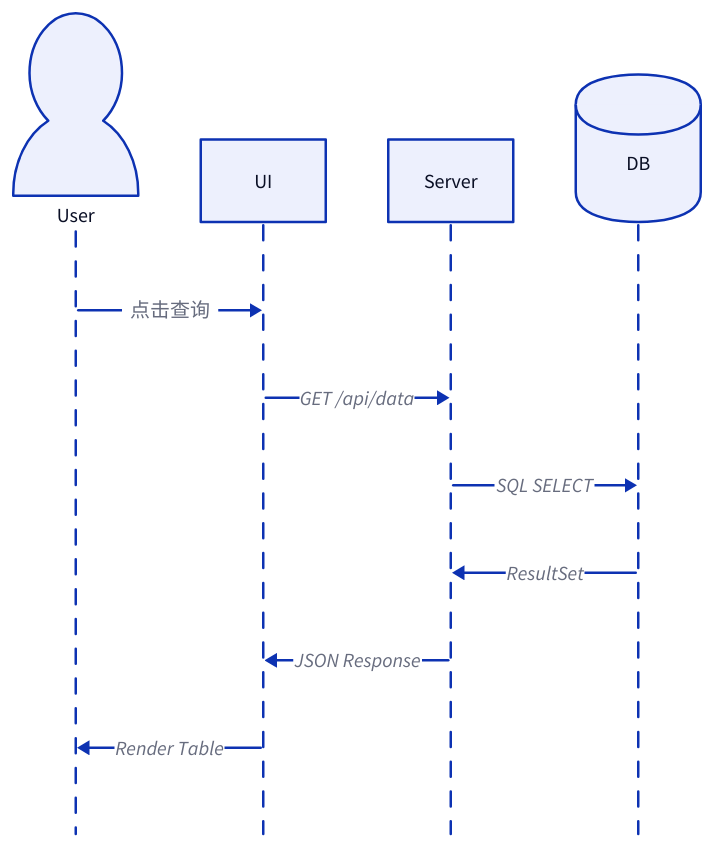
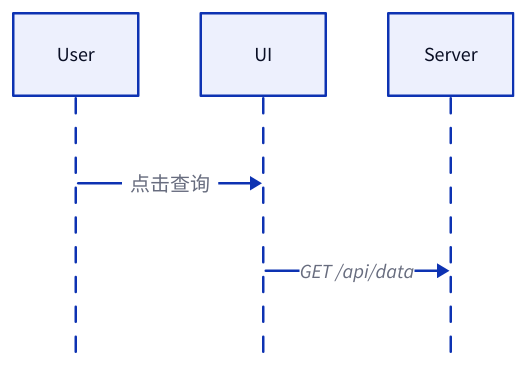
The fifth of 6 diagrams in patra-api/docs/.claude/memories/d2.md (linqibin0826/patra), drawn with D2 before and after one commit. The commit also changed other lines of this file and 5 other files, not shown here.

````diff
--- a/patra-api/docs/.claude/memories/d2.md
+++ b/patra-api/docs/.claude/memories/d2.md
@@ -339,17 +105,5 @@
 ```d2
 shape: sequence_diagram
-
-# 1. 强制排序（从左到右）
-User: {shape: person}
-UI
-Server
-DB: {shape: cylinder}
-
-# 2. 交互流（从上到下）
 User -> UI: 点击查询
 UI -> Server: GET /api/data
-Server -> DB: SQL SELECT
-DB -> Server: ResultSet
-Server -> UI: JSON Response
-UI -> User: Render Table
 ```
````
